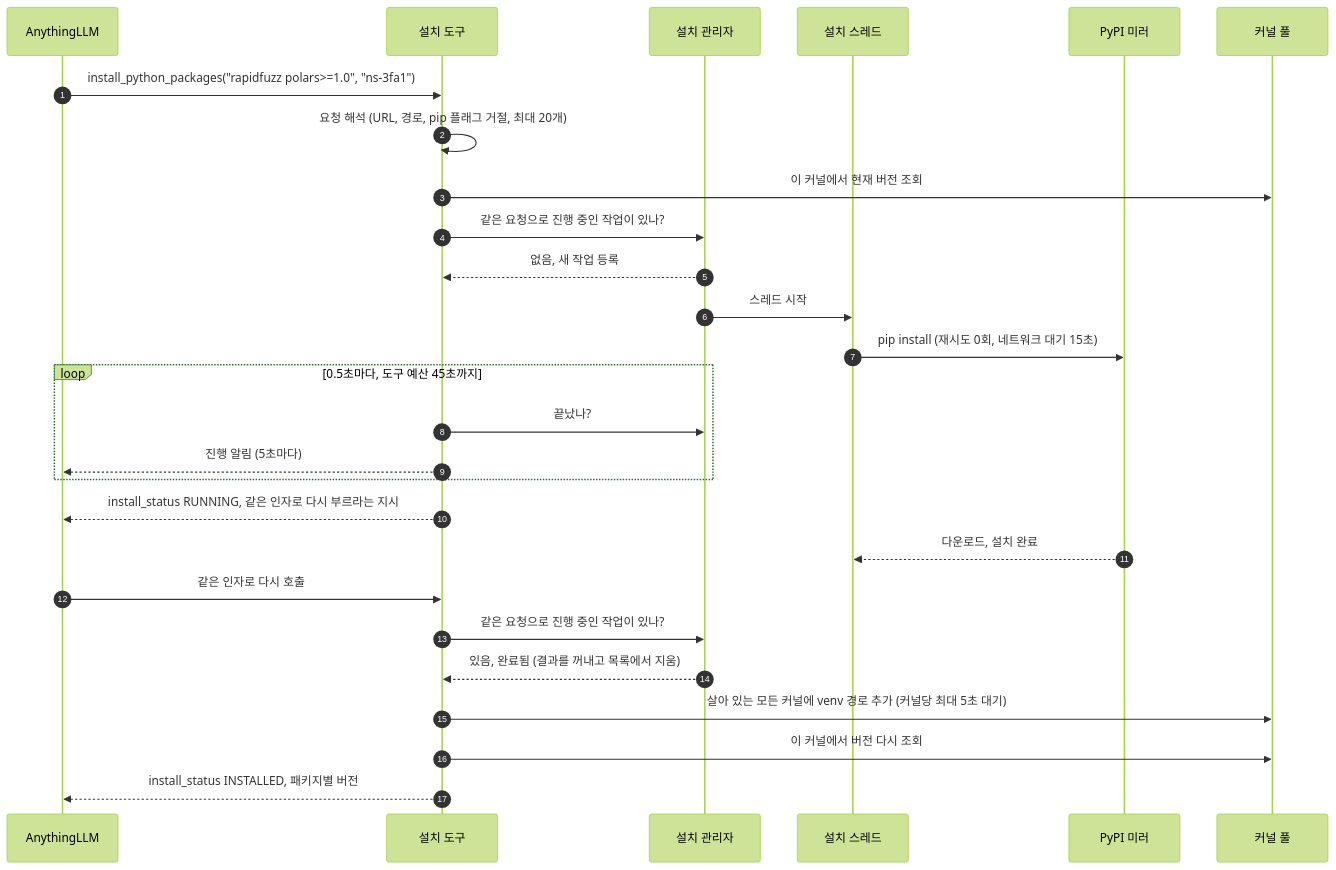
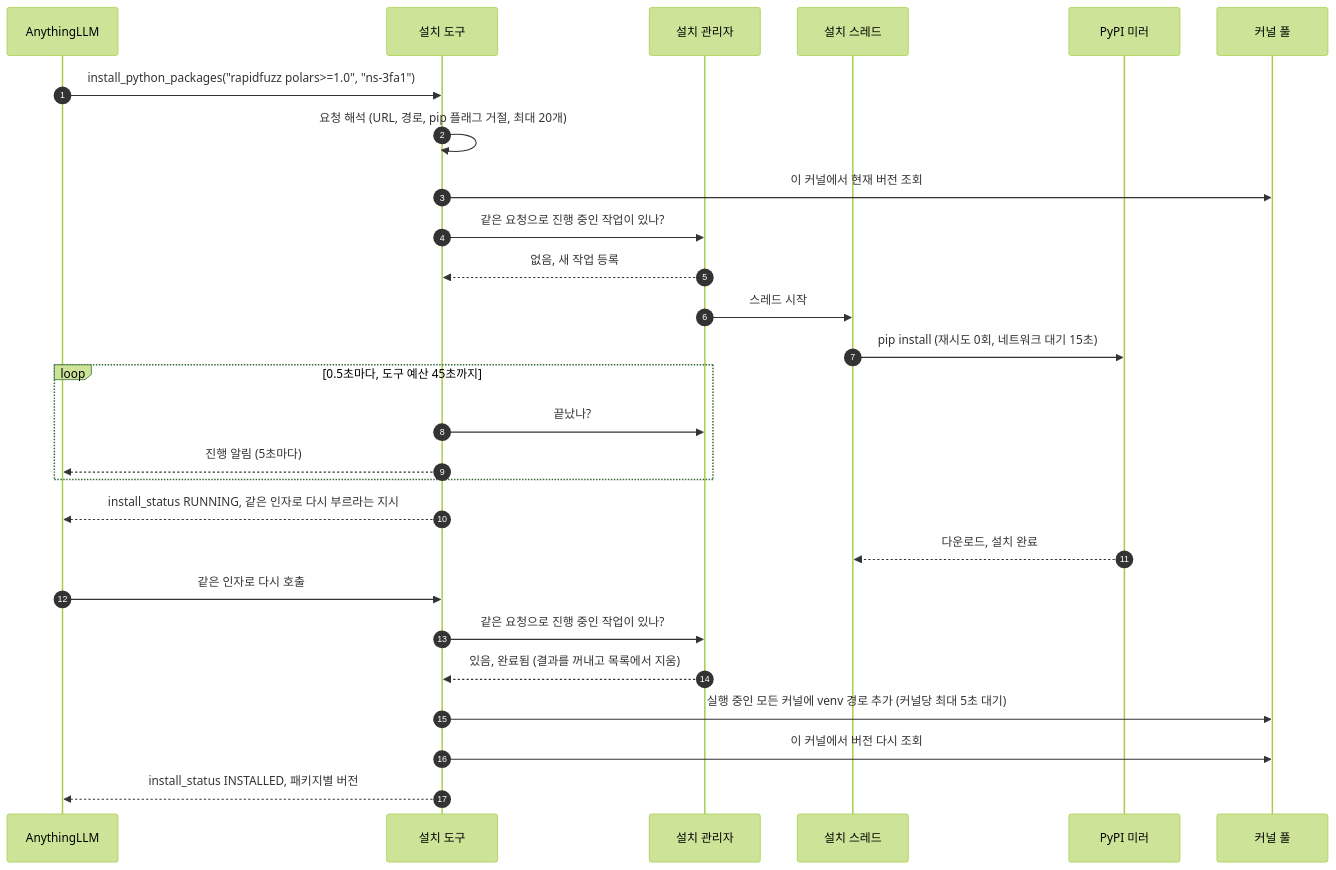
Before and after one commit to HaJaehee/AirGappedPySandbox: the eighth of 11 diagrams in lectures/03-architecture/02-dynamic-view.md, drawn with Mermaid (forest theme). The commit also changed other lines of this file and 25 other files, not shown here.

First line of the commit message:
DOCS: 교육자료(lectures) 및 다이어그램 한국어 표현 전수 조사 및 표준 기술 용어 정제

````diff
--- a/lectures/03-architecture/02-dynamic-view.md
+++ b/lectures/03-architecture/02-dynamic-view.md
@@ -274,30 +274,30 @@
 ```mermaid
 sequenceDiagram
     autonumber
     participant A as AnythingLLM
     participant T as 설치 도구
     participant I as 설치 관리자
     participant W as 설치 스레드
     participant M as PyPI 미러
     participant P as 커널 풀
 
     A->>T: install_python_packages("rapidfuzz polars>=1.0", "ns-3fa1")
     T->>T: 요청 해석 (URL, 경로, pip 플래그 거절, 최대 20개)
     T->>P: 이 커널에서 현재 버전 조회
     T->>I: 같은 요청으로 진행 중인 작업이 있나?
     I-->>T: 없음, 새 작업 등록
     I->>W: 스레드 시작
     W->>M: pip install (재시도 0회, 네트워크 대기 15초)
     loop 0.5초마다, 도구 예산 45초까지
         T->>I: 끝났나?
         T-->>A: 진행 알림 (5초마다)
     end
     T-->>A: install_status RUNNING, 같은 인자로 다시 부르라는 지시
     M-->>W: 다운로드, 설치 완료
     A->>T: 같은 인자로 다시 호출
     T->>I: 같은 요청으로 진행 중인 작업이 있나?
     I-->>T: 있음, 완료됨 (결과를 꺼내고 목록에서 지움)
-    T->>P: 살아 있는 모든 커널에 venv 경로 추가 (커널당 최대 5초 대기)
+    T->>P: 실행 중인 모든 커널에 venv 경로 추가 (커널당 최대 5초 대기)
     T->>P: 이 커널에서 버전 다시 조회
     T-->>A: install_status INSTALLED, 패키지별 버전
 ```
````
